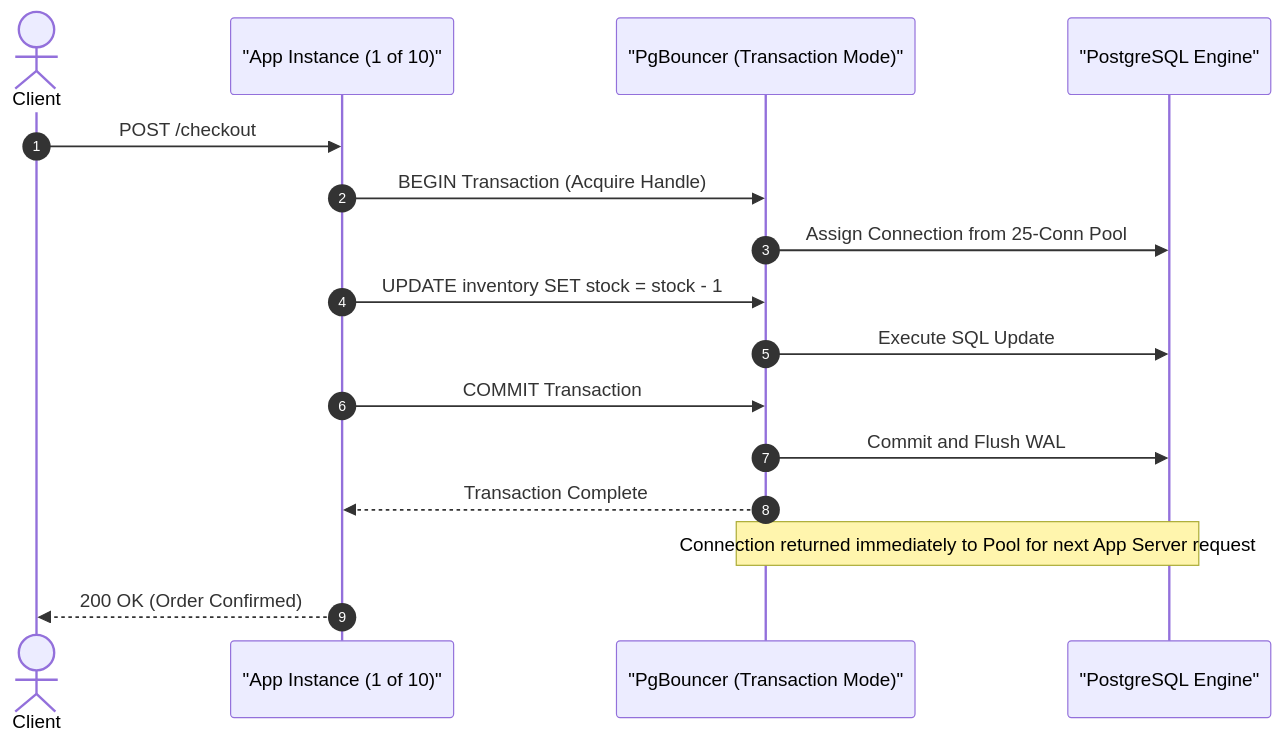
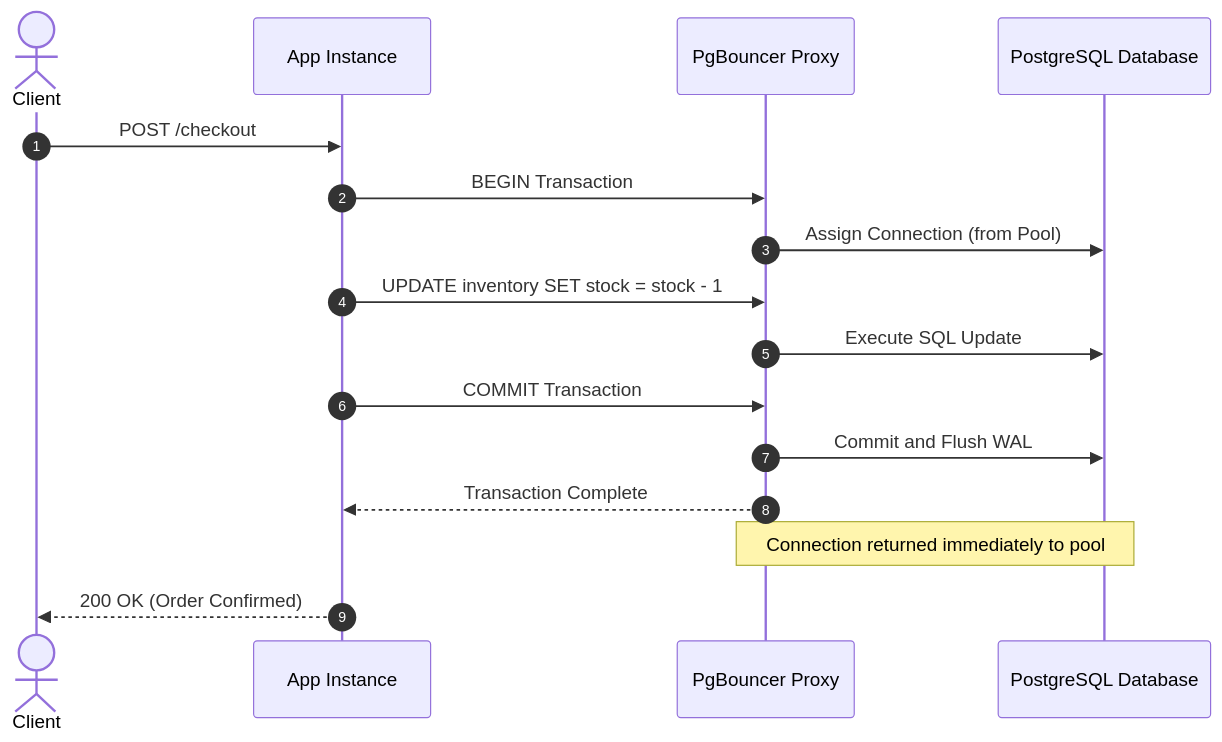
One commit to userhimanshuverma/30_Days_of_Building_Systems_That_Scale changed the fourth of 5 diagrams in days/phase-2-database-becomes-the-problem/day-06-app-scales-db-doesnt/README.md. Above: the diagram before and after it, drawn with Mermaid. The commit also changed other lines of this file, not shown here.

Commit message:
fix(docs): remove HTML break tags from Mermaid node strings for clean SVG rendering

````diff
--- a/days/phase-2-database-becomes-the-problem/day-06-app-scales-db-doesnt/README.md
+++ b/days/phase-2-database-becomes-the-problem/day-06-app-scales-db-doesnt/README.md
@@ -270,19 +270,19 @@
 ```mermaid
 sequenceDiagram
     autonumber
     actor Client
-    participant App as "App Instance (1 of 10)"
-    participant Proxy as "PgBouncer (Transaction Mode)"
-    participant DB as "PostgreSQL Engine"
+    participant App as App Instance
+    participant Proxy as PgBouncer Proxy
+    participant DB as PostgreSQL Database
 
     Client->>App: POST /checkout
-    App->>Proxy: BEGIN Transaction (Acquire Handle)
-    Proxy->>DB: Assign Connection from 25-Conn Pool
+    App->>Proxy: BEGIN Transaction
+    Proxy->>DB: Assign Connection (from Pool)
     App->>Proxy: UPDATE inventory SET stock = stock - 1
     Proxy->>DB: Execute SQL Update
     App->>Proxy: COMMIT Transaction
     Proxy->>DB: Commit and Flush WAL
     Proxy-->>App: Transaction Complete
-    Note over Proxy,DB: Connection returned immediately to Pool for next App Server request
+    Note over Proxy,DB: Connection returned immediately to pool
     App-->>Client: 200 OK (Order Confirmed)
 ```
````
